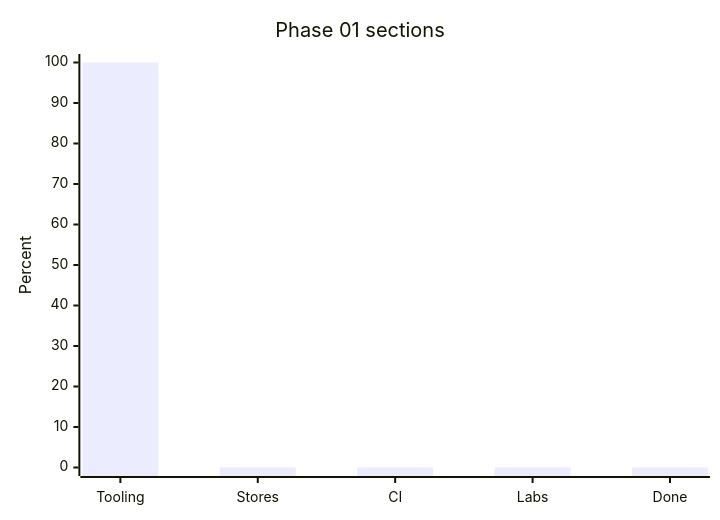
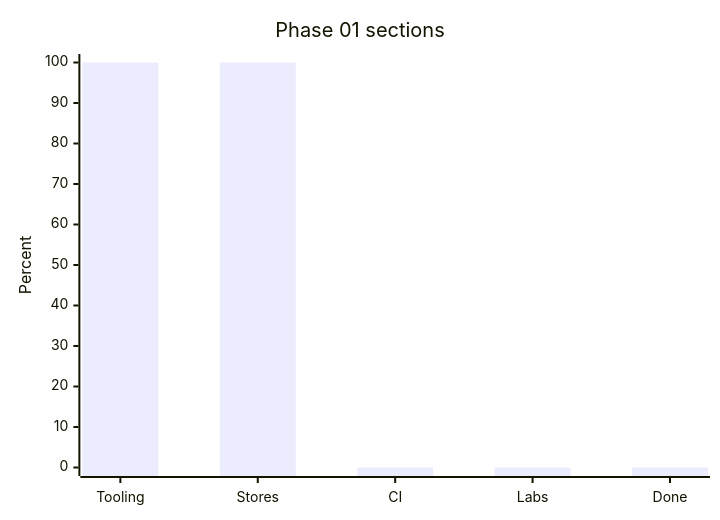
One commit to konradporeba/agents_learning changed the third of 3 diagrams in learning_plan/PROGRESS.md. Above: the diagram before and after it, drawn with Mermaid. The commit also changed other lines of this file and 11 other files, not shown here.

````diff
--- a/learning_plan/PROGRESS.md
+++ b/learning_plan/PROGRESS.md
@@ -48,7 +48,7 @@
 ```mermaid
 xychart-beta
     title "Phase 01 sections"
     x-axis [Tooling, Stores, CI, Labs, Done]
     y-axis "Percent" 0 --> 100
-    bar [100, 0, 0, 0, 0]
+    bar [100, 100, 0, 0, 0]
 ```
````
